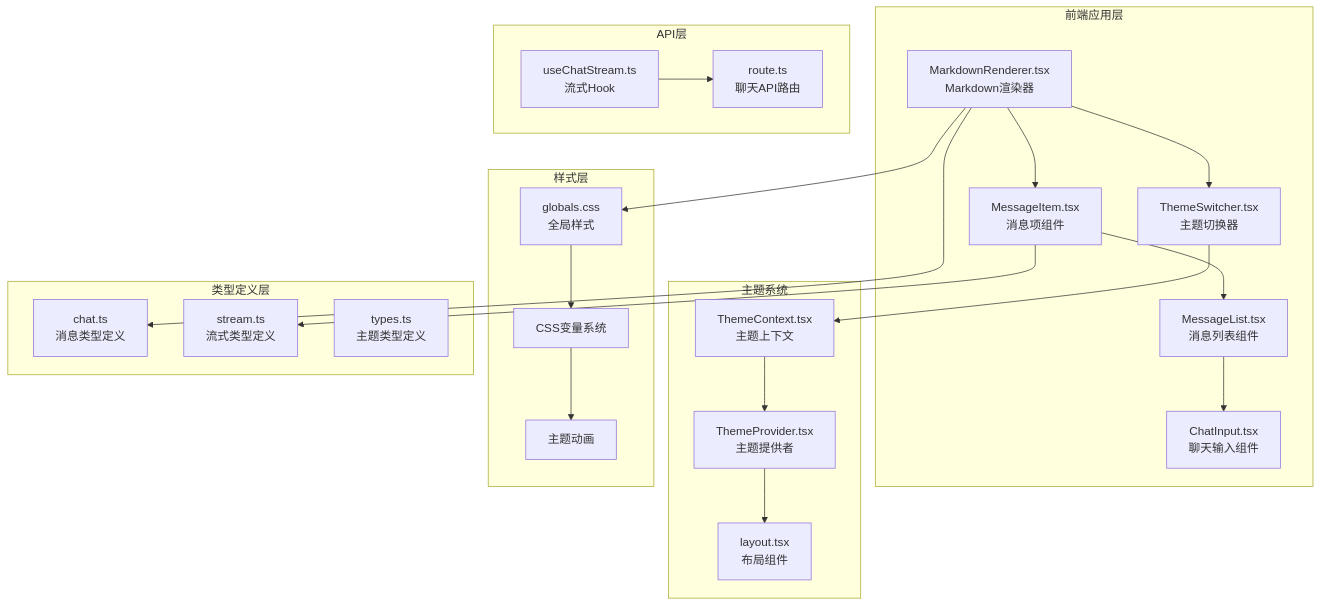
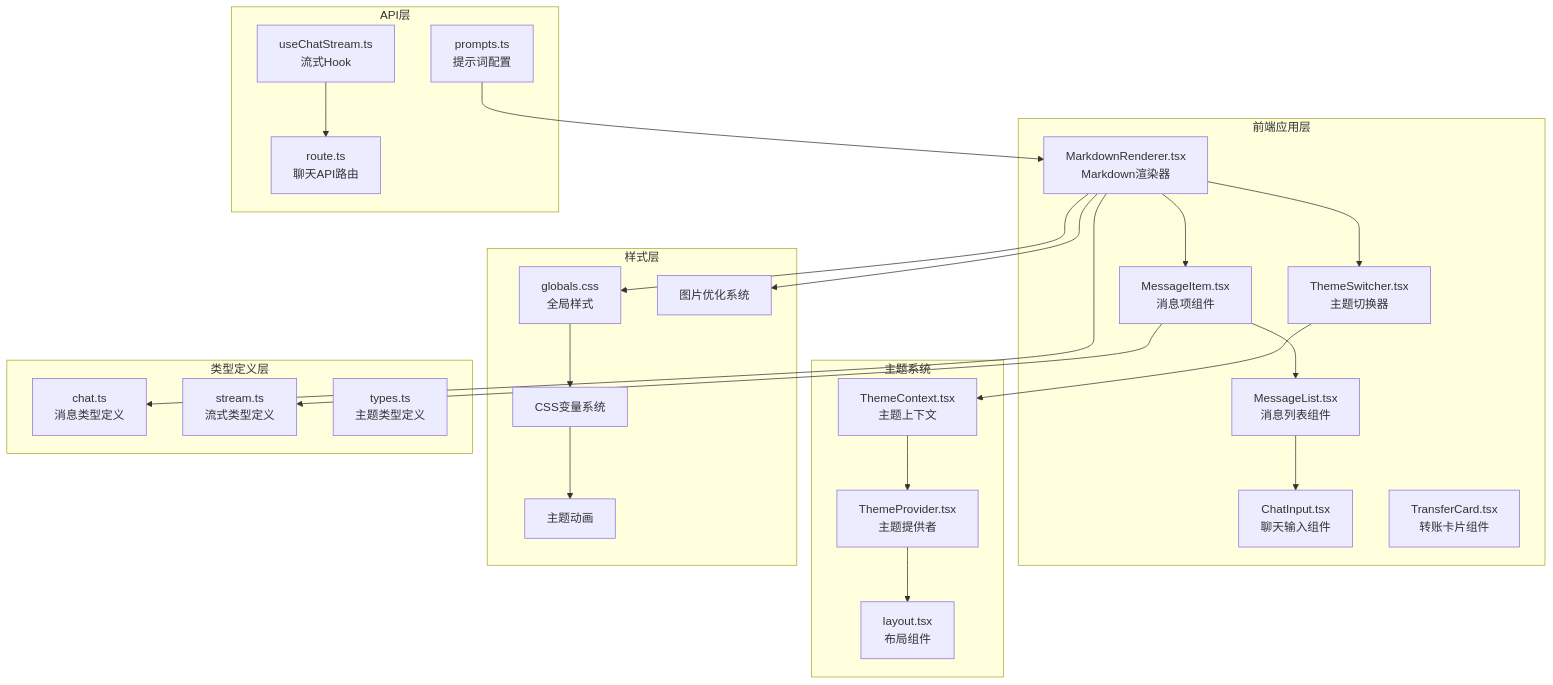
Before and after one commit to CryptoLinxu/Web3-AI-Agent: the first of 12 diagrams in .qoder/repowiki/zh/content/项目概述/整体架构概览/Web应用程序/Markdown渲染功能.md, drawn with Mermaid. The commit also changed other lines of this file and 5 other files, not shown here.

````diff
--- a/.qoder/repowiki/zh/content/项目概述/整体架构概览/Web应用程序/Markdown渲染功能.md
+++ b/.qoder/repowiki/zh/content/项目概述/整体架构概览/Web应用程序/Markdown渲染功能.md
@@ -51,42 +55,47 @@
 ```mermaid
 graph TB
 subgraph "前端应用层"
 A[MarkdownRenderer.tsx<br/>Markdown渲染器]
 B[MessageItem.tsx<br/>消息项组件]
 C[MessageList.tsx<br/>消息列表组件]
 D[ChatInput.tsx<br/>聊天输入组件]
 E[ThemeSwitcher.tsx<br/>主题切换器]
+F[TransferCard.tsx<br/>转账卡片组件]
 end
 subgraph "主题系统"
-F[ThemeContext.tsx<br/>主题上下文]
-G[ThemeProvider.tsx<br/>主题提供者]
-H[layout.tsx<br/>布局组件]
+G[ThemeContext.tsx<br/>主题上下文]
+H[ThemeProvider.tsx<br/>主题提供者]
+I[layout.tsx<br/>布局组件]
 end
 subgraph "样式层"
-I[globals.css<br/>全局样式]
-J[CSS变量系统]
-K[主题动画]
+J[globals.css<br/>全局样式]
+K[CSS变量系统]
+L[主题动画]
+M[图片优化系统]
 end
 subgraph "类型定义层"
-L[chat.ts<br/>消息类型定义]
-M[stream.ts<br/>流式类型定义]
-N[types.ts<br/>主题类型定义]
+N[chat.ts<br/>消息类型定义]
+O[stream.ts<br/>流式类型定义]
+P[types.ts<br/>主题类型定义]
 end
 subgraph "API层"
-O[route.ts<br/>聊天API路由]
-P[useChatStream.ts<br/>流式Hook]
+Q[route.ts<br/>聊天API路由]
+R[useChatStream.ts<br/>流式Hook]
+S[prompts.ts<br/>提示词配置]
 end
 A --> B
 B --> C
 C --> D
 A --> E
-E --> F
-F --> G
+E --> G
 G --> H
-A --> I
-I --> J
+H --> I
+A --> J
 J --> K
-A --> L
-B --> M
-P --> O
+K --> L
+A --> M
+A --> N
+B --> O
+R --> Q
+S --> A
 ```
````
